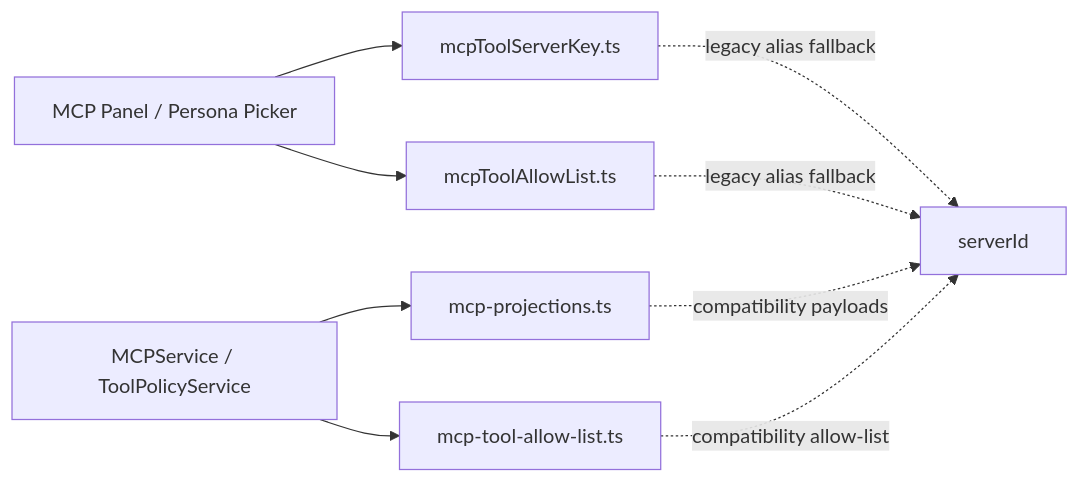
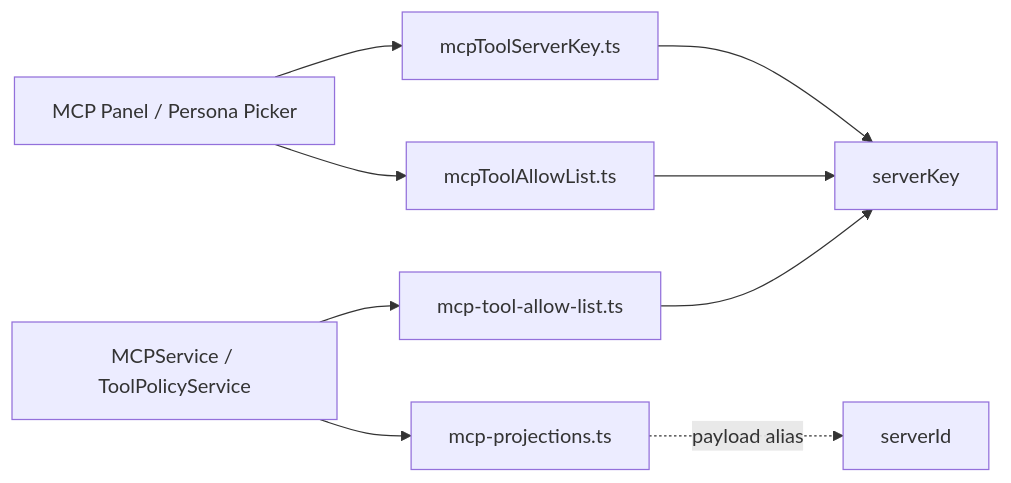
The first of 3 diagrams in docs/todos/2026-06-28-mcp-fallback-removal-pass.md (Radomiej/kalio-forever), drawn with Mermaid before and after one commit. The commit also changed other lines of this file and 15 other files, not shown here.

First line of the commit message:
refactor(mcp): remove legacy serverKey fallback

````diff
--- a/docs/todos/2026-06-28-mcp-fallback-removal-pass.md
+++ b/docs/todos/2026-06-28-mcp-fallback-removal-pass.md
@@ -11,11 +11,11 @@
 ```mermaid
 flowchart LR
   UI["MCP Panel / Persona Picker"] --> H1["mcpToolServerKey.ts"]
   UI --> H2["mcpToolAllowList.ts"]
   API["MCPService / ToolPolicyService"] --> H3["mcp-projections.ts"]
   API --> H4["mcp-tool-allow-list.ts"]
-  H1 -. legacy alias fallback .-> SID["serverId"]
-  H2 -. legacy alias fallback .-> SID
-  H3 -. compatibility payloads .-> SID
-  H4 -. compatibility allow-list .-> SID
+  H1 --> CANON["serverKey"]
+  H2 --> CANON
+  H3 -. payload alias .-> SID["serverId"]
+  H4 --> CANON
 ```
````
